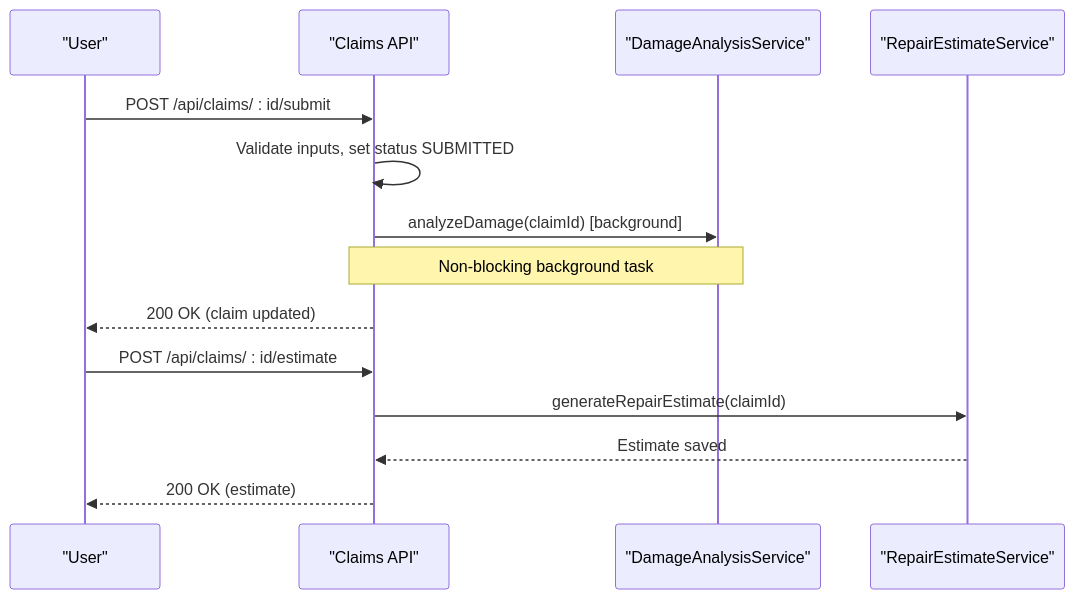
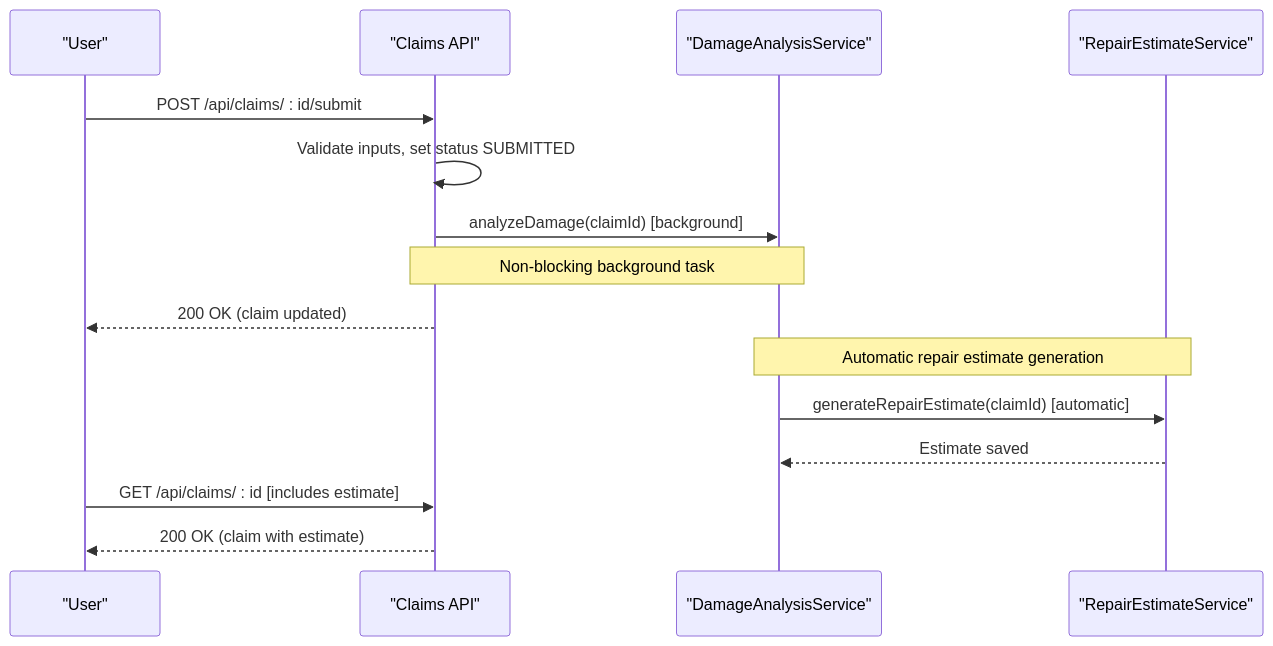
Before and after one commit to NaveenHiranya/Smart-Vehicle-Insurance-Claim-System: the fifth of 6 diagrams in .qoder/repowiki/en/content/Backend Documentation/Business Logic & Services/Damage Analysis Service.md, drawn with Mermaid. The commit also changed other lines of this file and 33 other files, not shown here.

````diff
--- a/.qoder/repowiki/en/content/Backend Documentation/Business Logic & Services/Damage Analysis Service.md
+++ b/.qoder/repowiki/en/content/Backend Documentation/Business Logic & Services/Damage Analysis Service.md
@@ -331,16 +333,17 @@
 ```mermaid
 sequenceDiagram
 participant U as "User"
 participant API as "Claims API"
 participant DAS as "DamageAnalysisService"
 participant RES as "RepairEstimateService"
 U->>API : POST /api/claims/ : id/submit
 API->>API : Validate inputs, set status SUBMITTED
 API->>DAS : analyzeDamage(claimId) [background]
 Note over API,DAS : Non-blocking background task
 API-->>U : 200 OK (claim updated)
-U->>API : POST /api/claims/ : id/estimate
-API->>RES : generateRepairEstimate(claimId)
-RES-->>API : Estimate saved
-API-->>U : 200 OK (estimate)
+Note over DAS,RES : Automatic repair estimate generation
+DAS->>RES : generateRepairEstimate(claimId) [automatic]
+RES-->>DAS : Estimate saved
+U->>API : GET /api/claims/ : id [includes estimate]
+API-->>U : 200 OK (claim with estimate)
 ```
````
